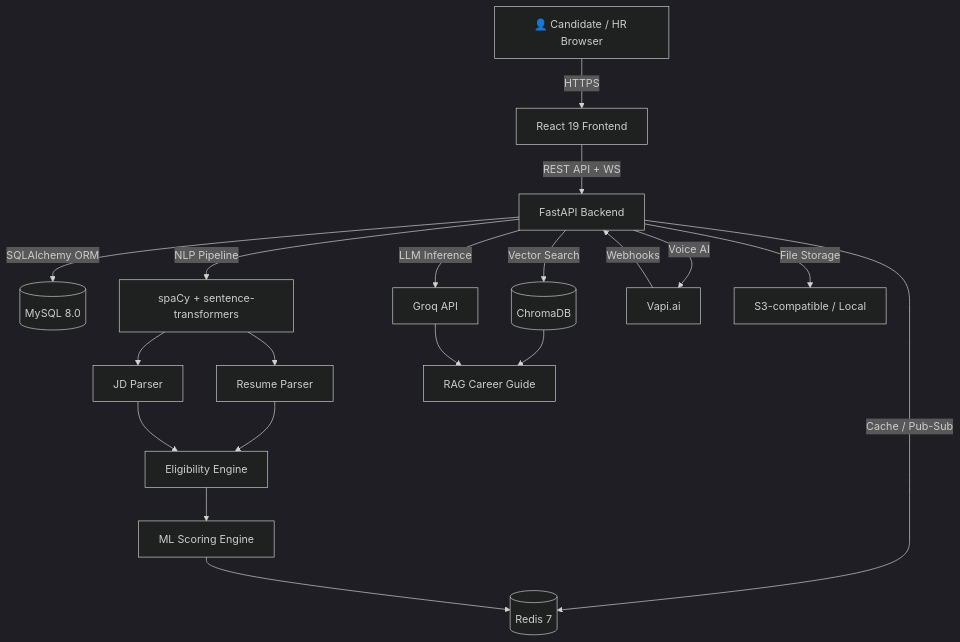
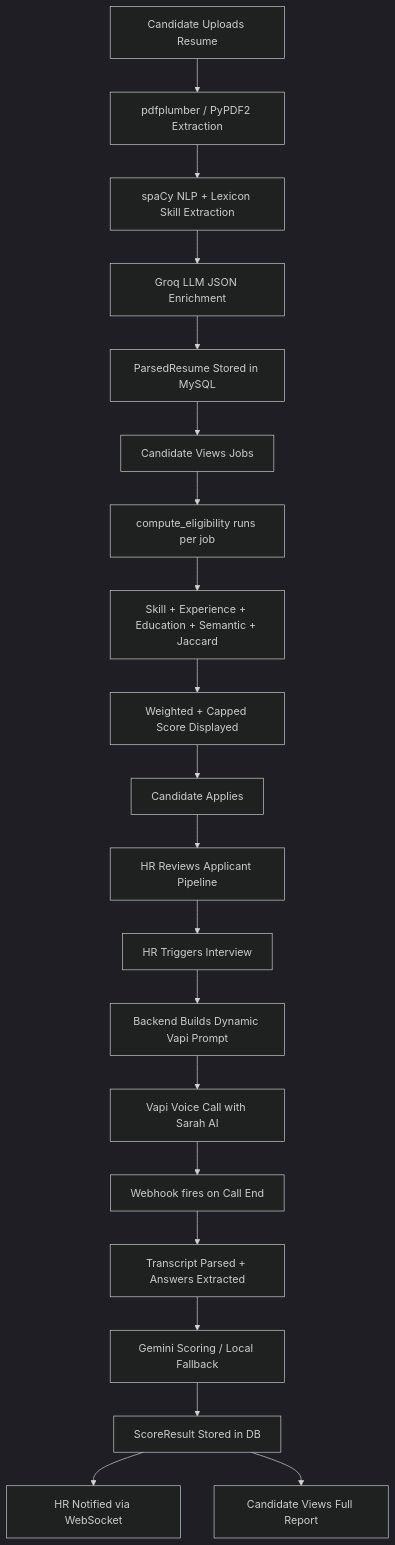
Before and after one commit to jack121200/HireNexus: the first of 2 diagrams in README.md, drawn with Mermaid (dark theme). The commit also changed other lines of this file, not shown here.

````diff
--- a/README.md
+++ b/README.md
@@ -101,21 +169,22 @@
 ```mermaid
 graph TD
-    A[👤 Candidate / HR Browser] -->|HTTPS| B[React 19 Frontend]
-    B -->|REST API + WS| C[FastAPI Backend]
-    C -->|SQLAlchemy ORM| D[(MySQL 8.0)]
-    C -->|Cache / Pub-Sub| E[(Redis 7)]
-    C -->|Vector Search| F[(ChromaDB)]
-    C -->|NLP Pipeline| G[spaCy + sentence-transformers]
-    C -->|LLM Inference| H[Groq API]
-    C -->|Voice AI| I[Vapi.ai]
-    C -->|File Storage| J[S3-compatible / Local]
-    G --> K[Resume Parser]
-    G --> L[JD Parser]
-    K --> M[Eligibility Engine]
-    L --> M
-    M --> N[ML Scoring Engine]
-    N --> E
-    I -->|Webhooks| C
-    F --> O[RAG Career Guide]
-    H --> O
+    A[Candidate Uploads Resume] --> B[pdfplumber / PyPDF2 Extraction]
+    B --> C[spaCy NLP + Lexicon Skill Extraction]
+    C --> D[Groq LLM JSON Enrichment]
+    D --> E[ParsedResume Stored in MySQL]
+    E --> F[Candidate Views Jobs]
+    F --> G[compute_eligibility runs per job]
+    G --> H[Skill + Experience + Education + Semantic + Jaccard]
+    H --> I[Weighted + Capped Score Displayed]
+    I --> J[Candidate Applies]
+    J --> K[HR Reviews Applicant Pipeline]
+    K --> L[HR Triggers Interview]
+    L --> M[Backend Builds Dynamic Vapi Prompt]
+    M --> N[Vapi Voice Call with Sarah AI]
+    N --> O[Webhook fires on Call End]
+    O --> P[Transcript Parsed + Answers Extracted]
+    P --> Q[Gemini Scoring / Local Fallback]
+    Q --> R[ScoreResult Stored in DB]
+    R --> S[HR Notified via WebSocket]
+    R --> T[Candidate Views Full Report]
 ```
````
